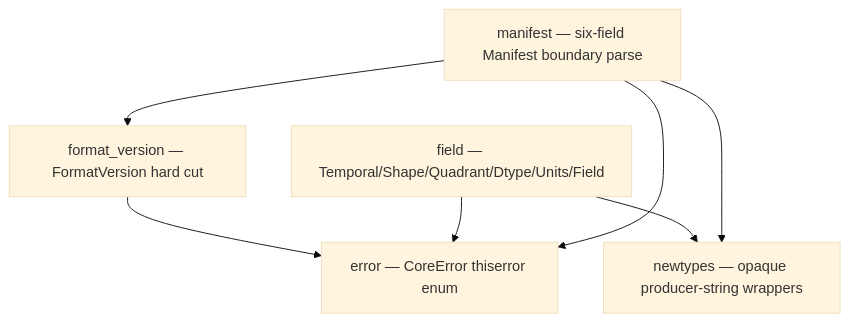
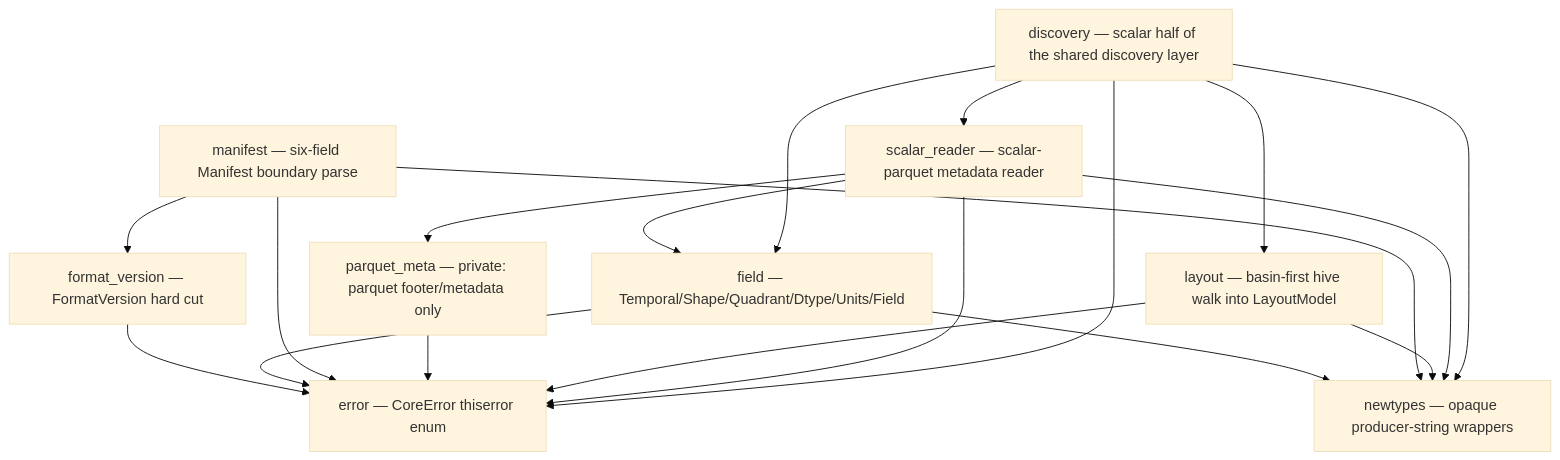
The diagram in crates/core/README.md (CooperBigFoot/hdx), drawn with Mermaid (base theme) before and after one commit. The commit also changed other lines of this file and 2 other files, not shown here.

First line of the commit message:
docs(core): document the scalar discovery layer (modules + glossary)

````diff
--- a/crates/core/README.md
+++ b/crates/core/README.md
@@ -41,15 +58,32 @@
 ```mermaid
 graph TD
     newtypes[newtypes — opaque producer-string wrappers]
     error[error — CoreError thiserror enum]
     format_version[format_version — FormatVersion hard cut]
     field[field — Temporal/Shape/Quadrant/Dtype/Units/Field]
     manifest[manifest — six-field Manifest boundary parse]
+    parquet_meta[parquet_meta — private: parquet footer/metadata only]
+    layout[layout — basin-first hive walk into LayoutModel]
+    scalar_reader[scalar_reader — scalar-parquet metadata reader]
+    discovery[discovery — scalar half of the shared discovery layer]
 
     format_version --> error
     field --> error
     field --> newtypes
     manifest --> error
     manifest --> newtypes
     manifest --> format_version
+
+    parquet_meta --> error
+    layout --> error
+    layout --> newtypes
+    scalar_reader --> error
+    scalar_reader --> newtypes
+    scalar_reader --> field
+    scalar_reader --> parquet_meta
+    discovery --> error
+    discovery --> newtypes
+    discovery --> field
+    discovery --> layout
+    discovery --> scalar_reader
 ```
````
